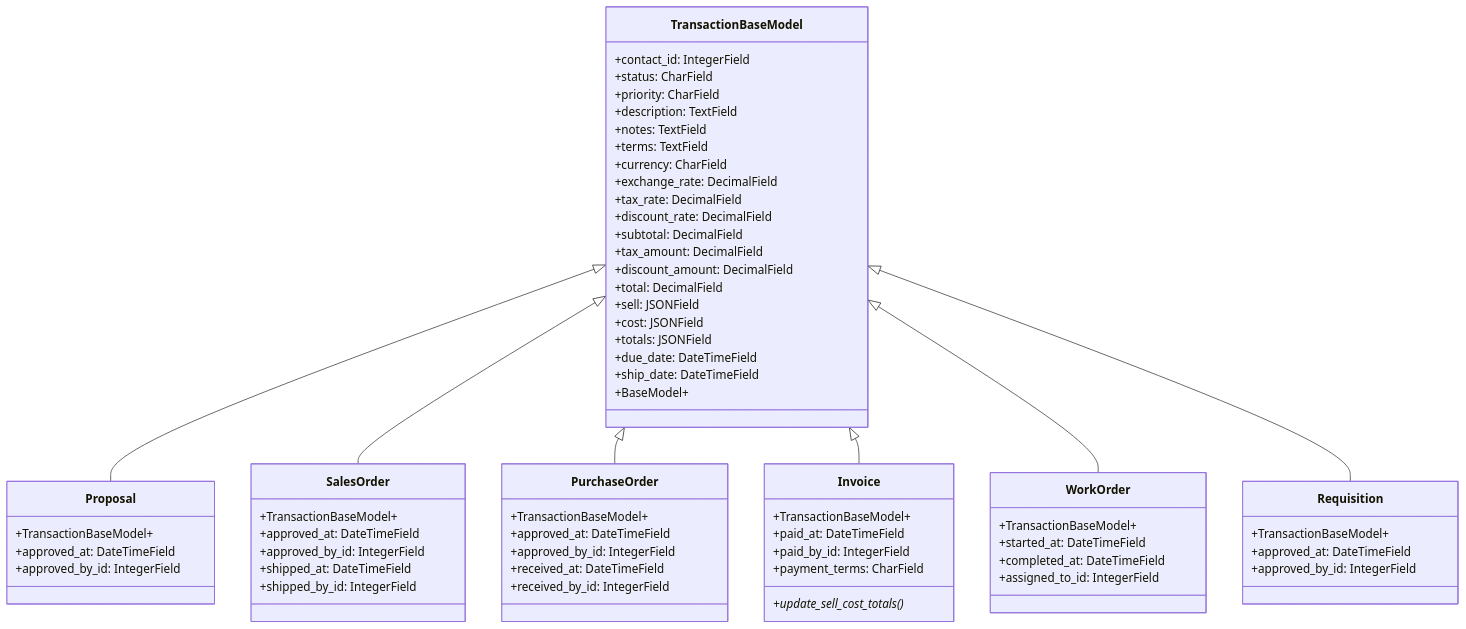
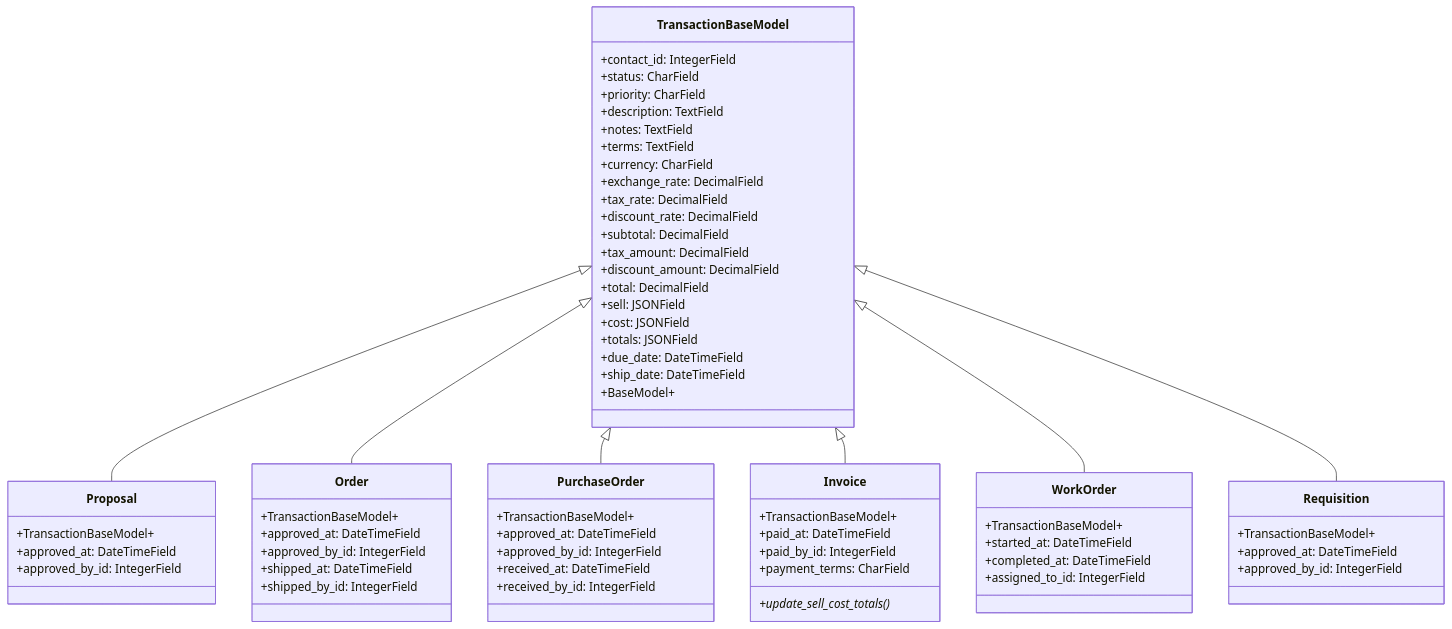
Before and after one commit to JPods/WebClerk: the third of 6 diagrams in readmes/topics/models/webclerk3_data_models.md, drawn with Mermaid. The commit also changed other lines of this file and 85 other files, not shown here.

Commit message:
Cleaned up sales_order

````diff
--- a/readmes/topics/models/webclerk3_data_models.md
+++ b/readmes/topics/models/webclerk3_data_models.md
@@ -226,75 +226,75 @@
 ```mermaid
 classDiagram
     class TransactionBaseModel {
         +contact_id: IntegerField
         +status: CharField
         +priority: CharField
         +description: TextField
         +notes: TextField
         +terms: TextField
         +currency: CharField
         +exchange_rate: DecimalField
         +tax_rate: DecimalField
         +discount_rate: DecimalField
         +subtotal: DecimalField
         +tax_amount: DecimalField
         +discount_amount: DecimalField
         +total: DecimalField
         +sell: JSONField
         +cost: JSONField
         +totals: JSONField
         +due_date: DateTimeField
         +ship_date: DateTimeField
         +BaseModel+
     }
 
     class Proposal {
         +TransactionBaseModel+
         +approved_at: DateTimeField
         +approved_by_id: IntegerField
     }
 
-    class SalesOrder {
+    class Order {
         +TransactionBaseModel+
         +approved_at: DateTimeField
         +approved_by_id: IntegerField
         +shipped_at: DateTimeField
         +shipped_by_id: IntegerField
     }
 
     class PurchaseOrder {
         +TransactionBaseModel+
         +approved_at: DateTimeField
         +approved_by_id: IntegerField
         +received_at: DateTimeField
         +received_by_id: IntegerField
     }
 
     class Invoice {
         +TransactionBaseModel+
         +paid_at: DateTimeField
         +paid_by_id: IntegerField
         +payment_terms: CharField
         +update_sell_cost_totals()*
     }
 
     class WorkOrder {
         +TransactionBaseModel+
         +started_at: DateTimeField
         +completed_at: DateTimeField
         +assigned_to_id: IntegerField
     }
 
     class Requisition {
         +TransactionBaseModel+
         +approved_at: DateTimeField
         +approved_by_id: IntegerField
     }
 
     TransactionBaseModel <|-- Proposal
-    TransactionBaseModel <|-- SalesOrder
+    TransactionBaseModel <|-- Order
     TransactionBaseModel <|-- PurchaseOrder
     TransactionBaseModel <|-- Invoice
     TransactionBaseModel <|-- WorkOrder
     TransactionBaseModel <|-- Requisition
 ```
````
